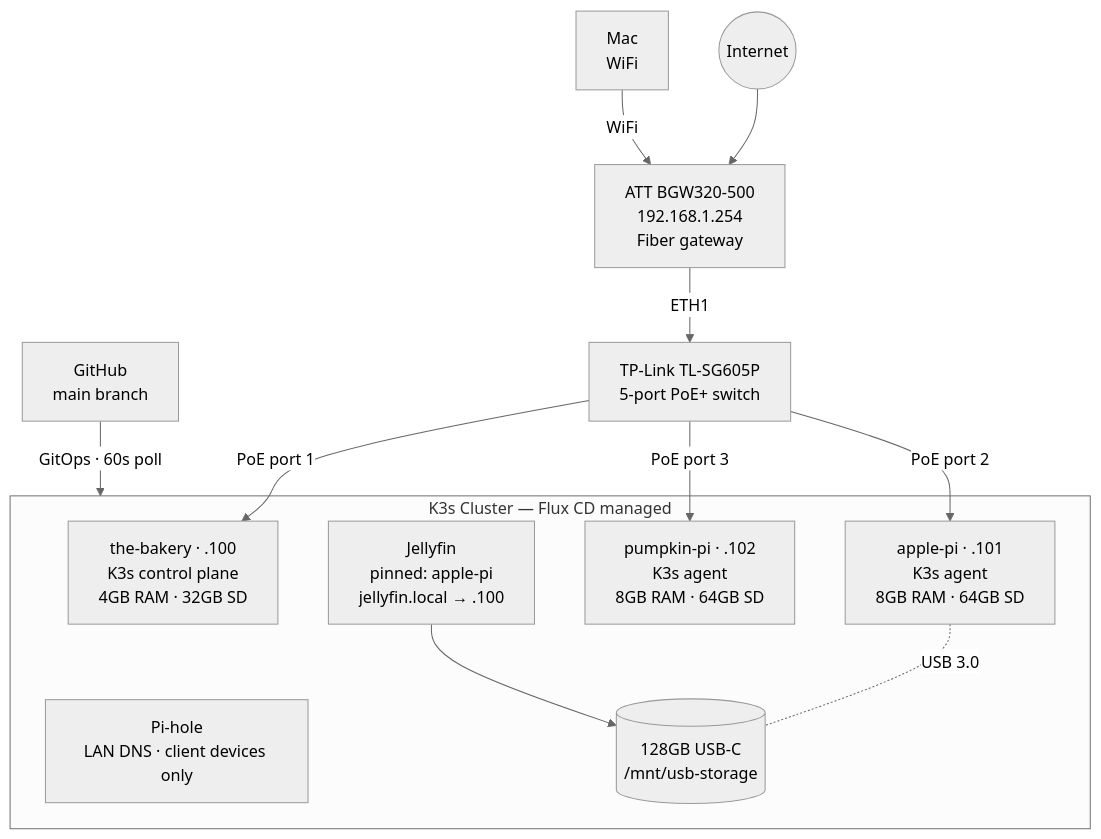
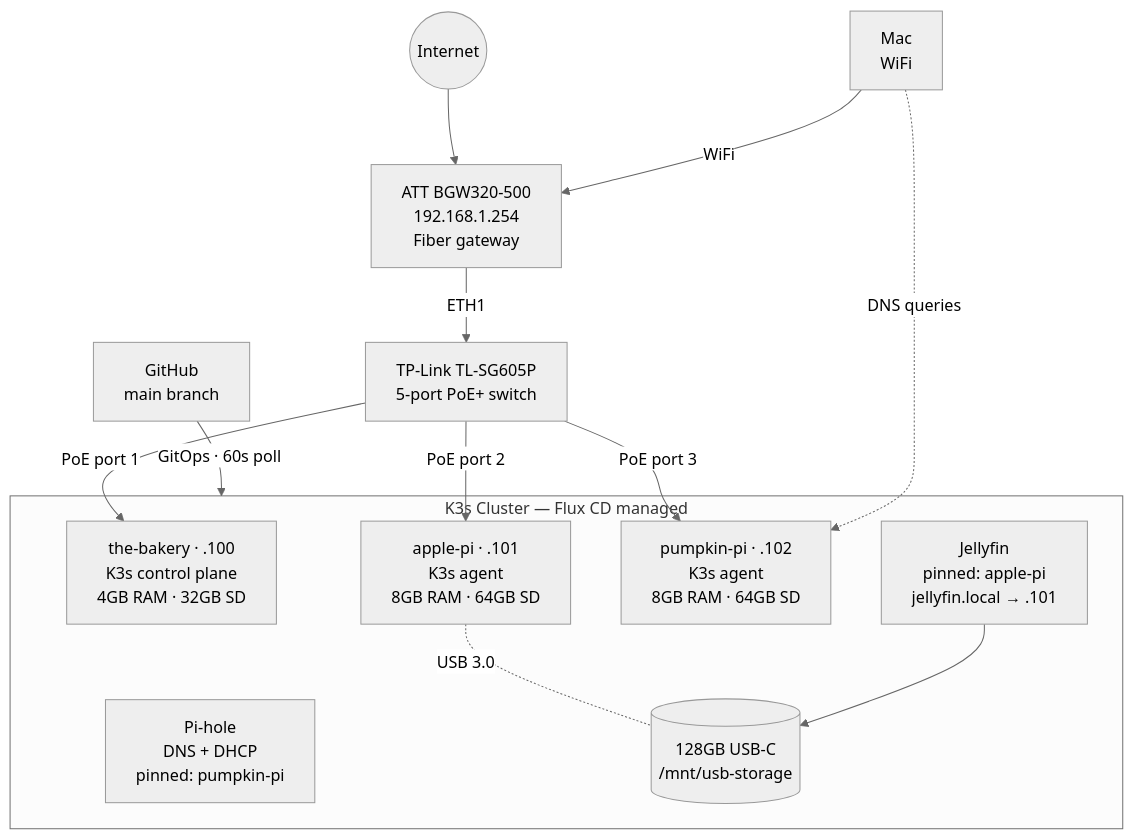
One commit to kdavis586/pi-k3s-homelab changed the diagram in README.md. Above: the diagram before and after it, drawn with Mermaid (neutral theme). The commit also changed other lines of this file, not shown here.

First line of the commit message:
fix(260321-iwc): correct mermaid diagram IPs, mDNS refs, and Jellyfin access table

````diff
--- a/README.md
+++ b/README.md
@@ -19,27 +19,28 @@
 ```mermaid
 graph TD
     internet((Internet))
     mac[Mac<br/>WiFi]
     att[ATT BGW320-500<br/>192.168.1.254<br/>Fiber gateway]
     switch[TP-Link TL-SG605P<br/>5-port PoE+ switch]
     github[GitHub<br/>main branch]
 
     subgraph cluster[K3s Cluster — Flux CD managed]
         bakery[the-bakery · .100<br/>K3s control plane<br/>4GB RAM · 32GB SD]
         apple[apple-pi · .101<br/>K3s agent<br/>8GB RAM · 64GB SD]
         pumpkin[pumpkin-pi · .102<br/>K3s agent<br/>8GB RAM · 64GB SD]
-        jellyfin[Jellyfin<br/>pinned: apple-pi<br/>jellyfin.local → .100]
-        pihole[Pi-hole<br/>LAN DNS · client devices only]
+        jellyfin[Jellyfin<br/>pinned: apple-pi<br/>jellyfin.local → .101]
+        pihole[Pi-hole<br/>DNS + DHCP<br/>pinned: pumpkin-pi]
         usb[(128GB USB-C<br/>/mnt/usb-storage)]
     end
 
     internet --> att
     mac -->|WiFi| att
     att -->|ETH1| switch
     switch -->|PoE port 1| bakery
     switch -->|PoE port 2| apple
     switch -->|PoE port 3| pumpkin
     apple -.-|USB 3.0| usb
     jellyfin --> usb
+    mac -.->|DNS queries| pumpkin
     github -->|GitOps · 60s poll| cluster
 ```
````
